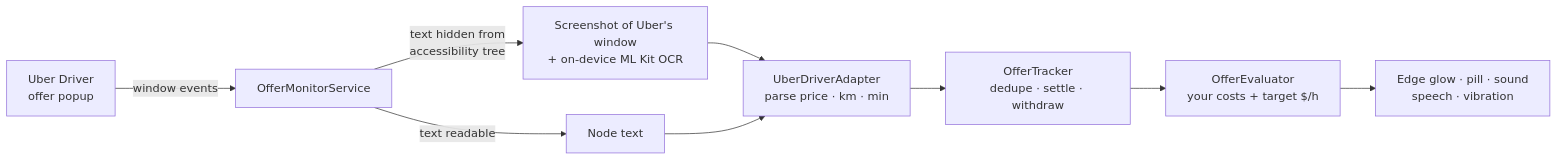
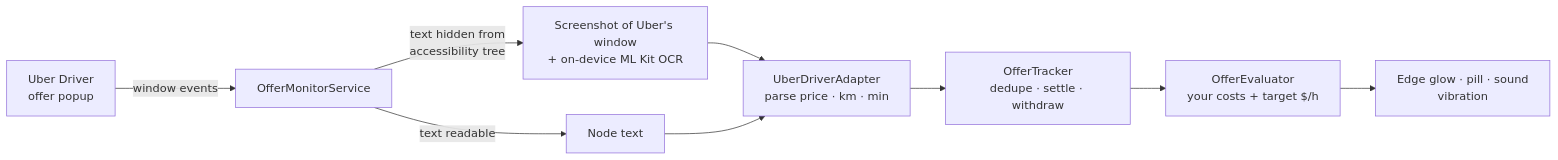
Before and after one commit to azureservertop-cell/FKUB-Filter-and-Kill-Underpaid-Bids: the diagram in README.md, drawn with Mermaid. The commit also changed other lines of this file and 15 other files, not shown here.

````diff
--- a/README.md
+++ b/README.md
@@ -53,11 +53,11 @@
 ```mermaid
 flowchart LR
     A[Uber Driver<br/>offer popup] -->|window events| B[OfferMonitorService]
     B -->|text hidden from<br/>accessibility tree| C[Screenshot of Uber's window<br/>+ on-device ML Kit OCR]
     B -->|text readable| D[Node text]
     C --> E[UberDriverAdapter<br/>parse price · km · min]
     D --> E
     E --> F[OfferTracker<br/>dedupe · settle · withdraw]
     F --> G[OfferEvaluator<br/>your costs + target $/h]
-    G --> H[Edge glow · pill · sound<br/>speech · vibration]
+    G --> H[Edge glow · pill · sound<br/>vibration]
 ```
````
